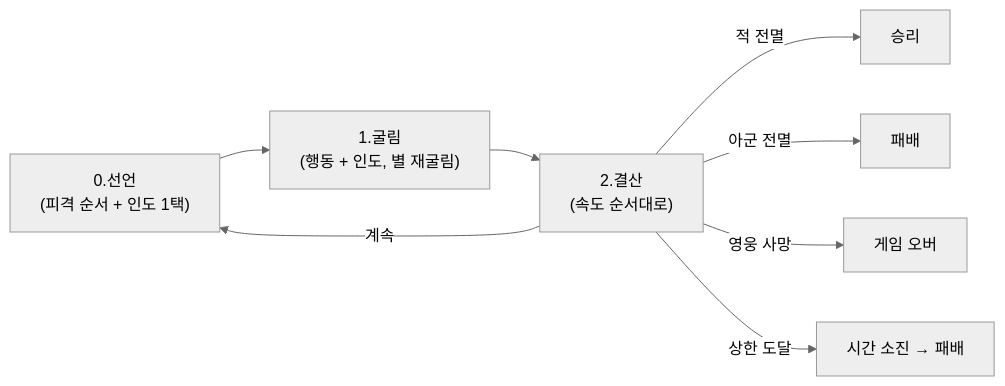
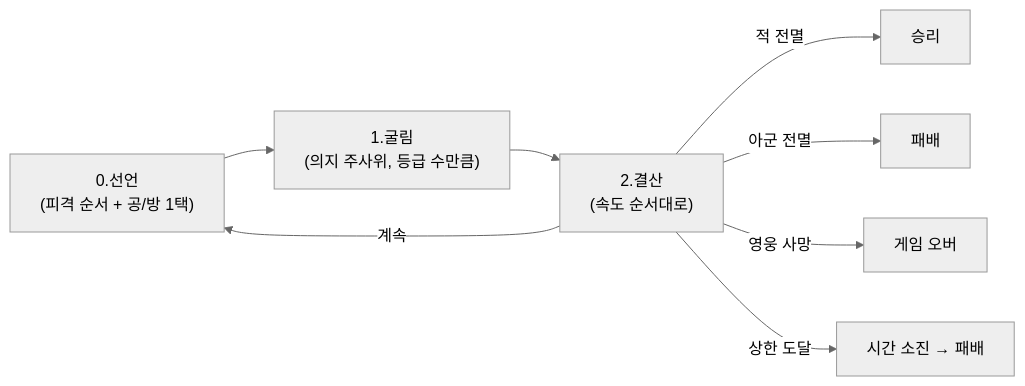
One commit to roam1215-beep/Chronicle-wiki changed the diagram in 02_전투/구조/전투구조.md. Above: the diagram before and after it, drawn with Mermaid (neutral theme). The commit also changed other lines of this file and 12 other files, not shown here.

````diff
--- a/02_전투/구조/전투구조.md
+++ b/02_전투/구조/전투구조.md
@@ -234,10 +277,10 @@
 ```mermaid
 flowchart LR
-    S0["0.선언<br>(피격 순서 + 인도 1택)"] --> S1["1.굴림<br>(행동 + 인도, 별 재굴림)"]
+    S0["0.선언<br>(피격 순서 + 공/방 1택)"] --> S1["1.굴림<br>(의지 주사위, 등급 수만큼)"]
     S1 --> S2["2.결산<br>(속도 순서대로)"]
     S2 -->|적 전멸| WIN["승리"]
     S2 -->|아군 전멸| LOSE["패배"]
     S2 -->|영웅 사망| GAMEOVER["게임 오버"]
     S2 -->|상한 도달| TIMEOUT["시간 소진 → 패배"]
     S2 -->|계속| S0
 ```
````
